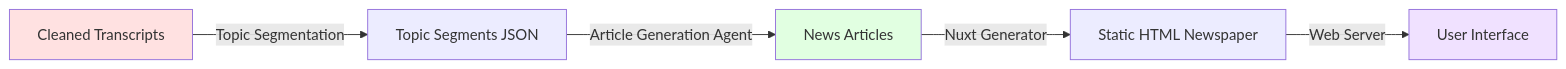
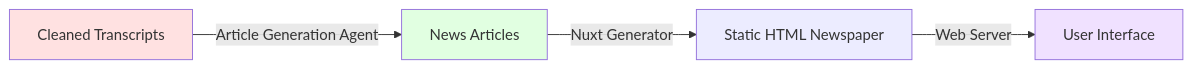
One commit to florianbuetow/agentic-news-generator changed the second of 3 diagrams in docs/lightningtalk/project-blitz.md. Above: the diagram before and after it, drawn with Mermaid. The commit also changed other lines of this file and 26 other files, not shown here.

````diff
--- a/docs/lightningtalk/project-blitz.md
+++ b/docs/lightningtalk/project-blitz.md
@@ -27,11 +27,10 @@
 ```mermaid
 graph LR
-    E[Cleaned Transcripts] -->|Topic Segmentation| F[Topic Segments JSON]
-    F -->|Article Generation Agent| G[News Articles]
+    E[Cleaned Transcripts] -->|Article Generation Agent| G[News Articles]
     G -->|Nuxt Generator| H[Static HTML Newspaper]
     H -->|Web Server| I[User Interface]
 
     style E fill:#ffe1e1
     style G fill:#e1ffe1
     style I fill:#f0e1ff
 ```
````
